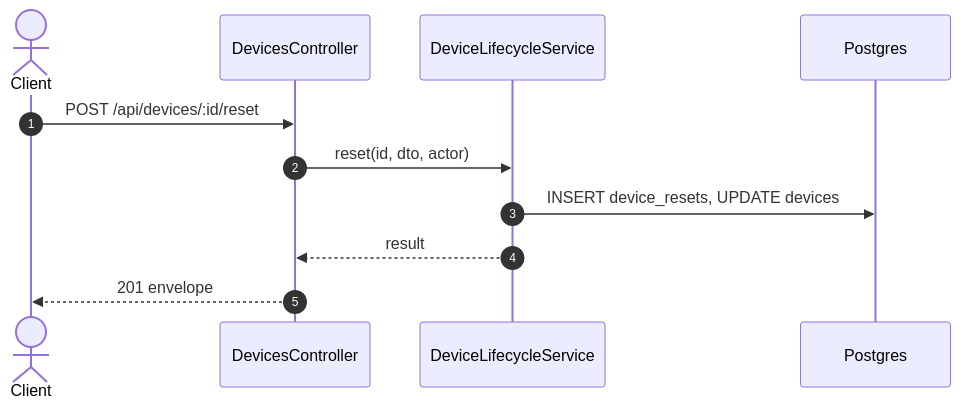
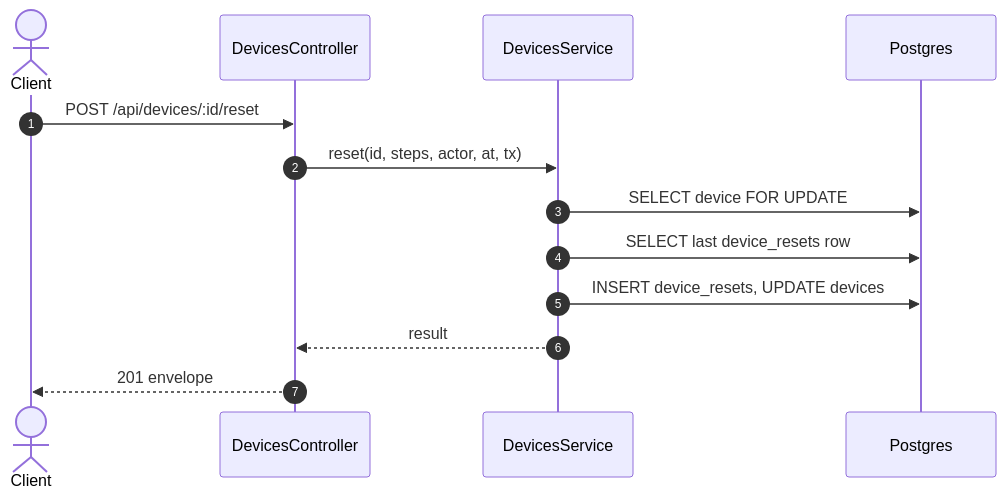
Before and after one commit to TrekLink-Team/treklink-web: the second of 2 diagrams in specs/devices/api-design/10-post-devices-id-reset.md, drawn with Mermaid. The commit also changed 10 other files, not shown here.

````diff
--- a/specs/devices/api-design/10-post-devices-id-reset.md
+++ b/specs/devices/api-design/10-post-devices-id-reset.md
@@ -251,13 +251,15 @@
 ```mermaid
 sequenceDiagram
     autonumber
     actor C as Client
     participant Ctl as DevicesController
-    participant Svc as DeviceLifecycleService
+    participant Svc as DevicesService
     participant DB as Postgres
     C->>Ctl: POST /api/devices/:id/reset
-    Ctl->>Svc: reset(id, dto, actor)
+    Ctl->>Svc: reset(id, steps, actor, at, tx)
+    Svc->>DB: SELECT device FOR UPDATE
+    Svc->>DB: SELECT last device_resets row
     Svc->>DB: INSERT device_resets, UPDATE devices
     Svc-->>Ctl: result
     Ctl-->>C: 201 envelope
 ```
````
